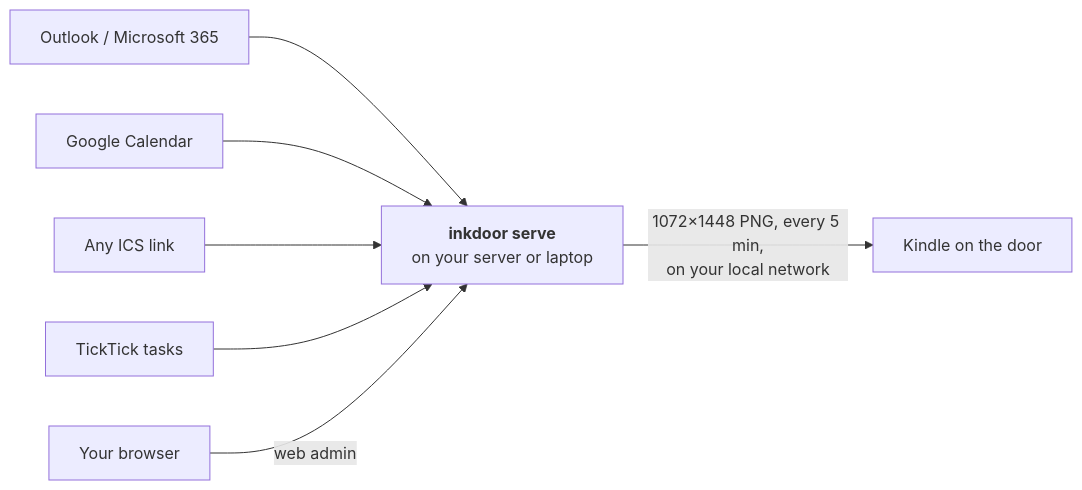
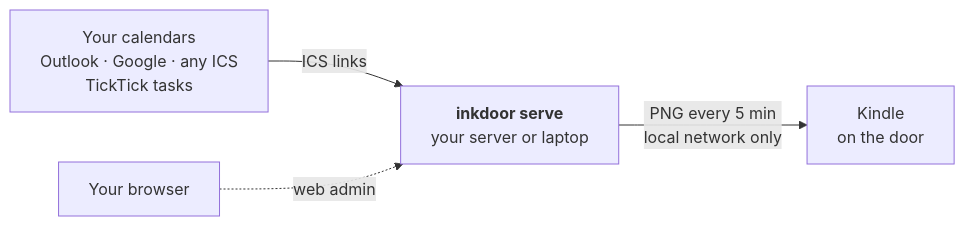
The diagram in README.md (frkey/inkdoor), drawn with Mermaid before and after one commit. The commit also changed 1 other file, not shown here.

Commit message:
Make the README diagram compact enough for GitHub's frame

````diff
--- a/README.md
+++ b/README.md
@@ -63,9 +63,6 @@
 ```mermaid
 flowchart LR
-    O["Outlook / Microsoft 365"] --> S
-    G["Google Calendar"] --> S
-    I["Any ICS link"] --> S
-    T["TickTick tasks"] --> S
-    S["<b>inkdoor serve</b><br/>on your server or laptop"] -- "1072×1448 PNG, every 5 min,<br/>on your local network" --> K["Kindle on the door"]
-    B["Your browser"] -- "web admin" --> S
+    C["Your calendars<br/>Outlook · Google · any ICS<br/>TickTick tasks"] -- "ICS links" --> S["<b>inkdoor serve</b><br/>your server or laptop"]
+    S -- "PNG every 5 min<br/>local network only" --> K["Kindle<br/>on the door"]
+    B["Your browser"] -. "web admin" .-> S
 ```
````
